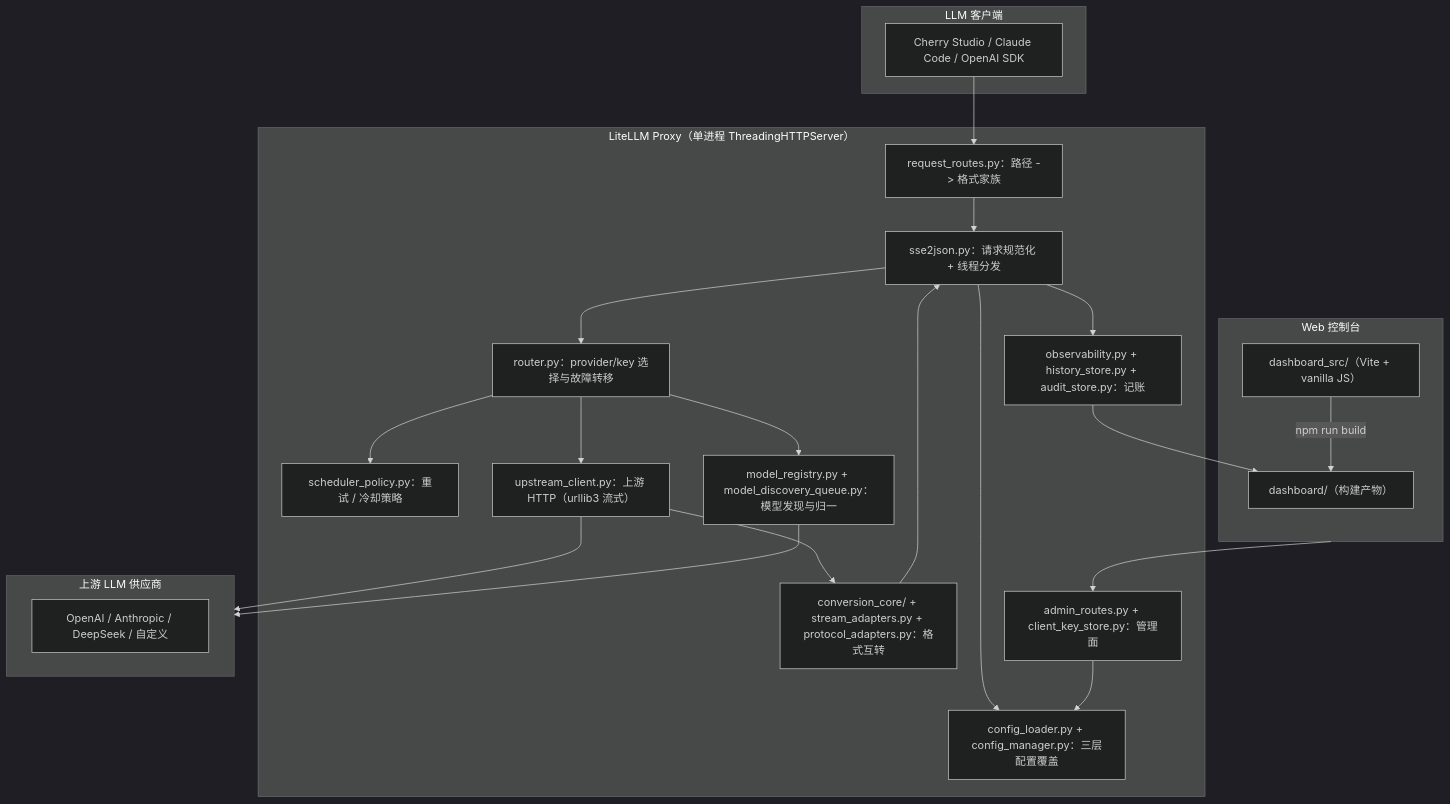
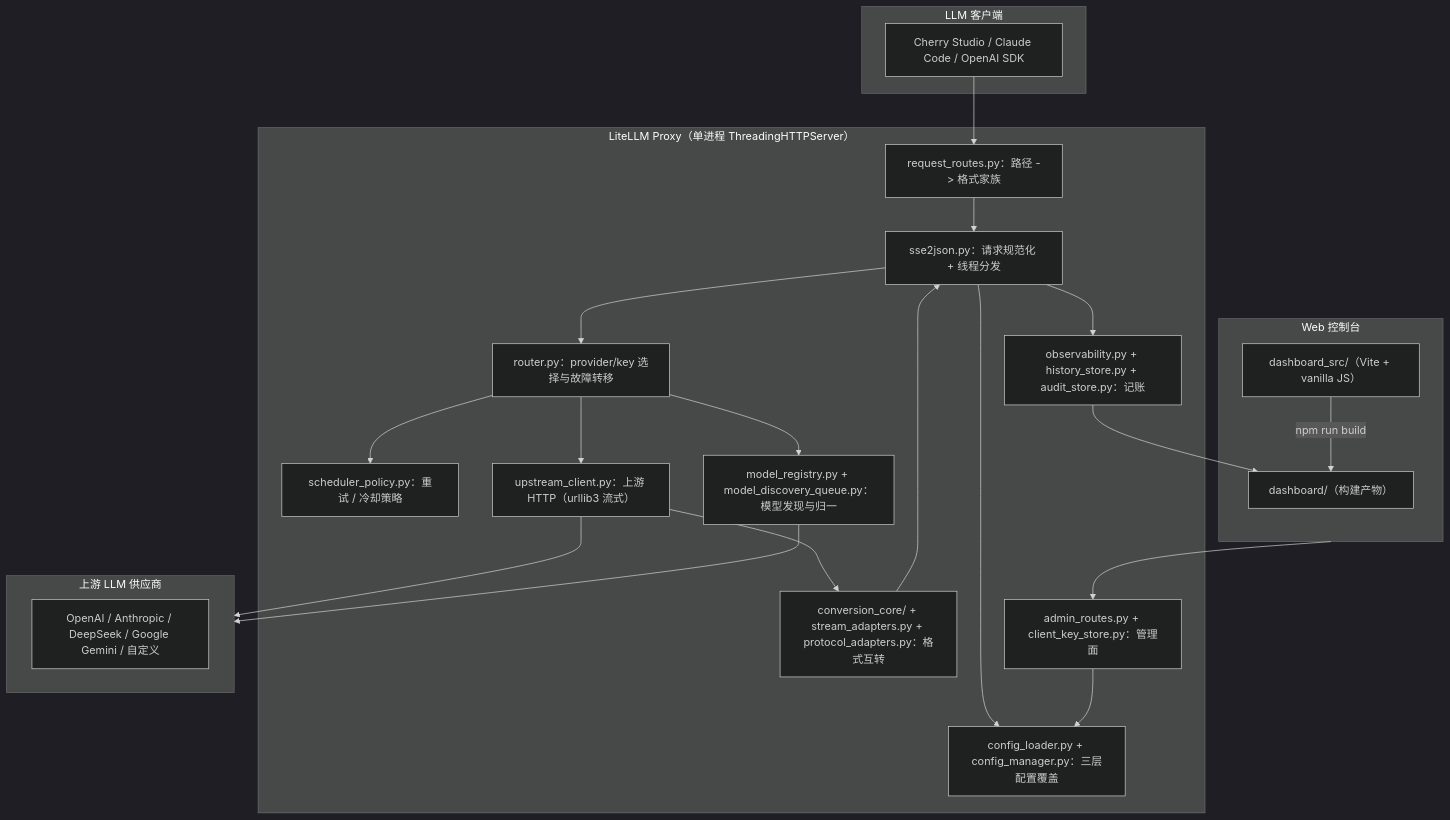
Before and after one commit to XD06/litellm-proxy: the diagram in ARCHITECTURE.md, drawn with Mermaid (dark theme). The commit also changed other lines of this file and 4 other files, not shown here.

````diff
--- a/ARCHITECTURE.md
+++ b/ARCHITECTURE.md
@@ -10,38 +10,38 @@
 ```mermaid
 graph TB
     subgraph Clients["LLM 客户端"]
         C1["Cherry Studio / Claude Code / OpenAI SDK"]
     end
     subgraph Proxy["LiteLLM Proxy（单进程 ThreadingHTTPServer）"]
         RR["request_routes.py：路径 -> 格式家族"]
         SJ["sse2json.py：请求规范化 + 线程分发"]
         RT["router.py：provider/key 选择与故障转移"]
         SP["scheduler_policy.py：重试 / 冷却策略"]
         UC["upstream_client.py：上游 HTTP（urllib3 流式）"]
         CX["conversion_core/ + stream_adapters.py + protocol_adapters.py：格式互转"]
         OB["observability.py + history_store.py + audit_store.py：记账"]
         MR["model_registry.py + model_discovery_queue.py：模型发现与归一"]
         CF["config_loader.py + config_manager.py：三层配置覆盖"]
         AD["admin_routes.py + client_key_store.py：管理面"]
     end
     subgraph Up["上游 LLM 供应商"]
-        U1["OpenAI / Anthropic / DeepSeek / 自定义"]
+        U1["OpenAI / Anthropic / DeepSeek / Google Gemini / 自定义"]
     end
     subgraph Dash["Web 控制台"]
         D1["dashboard/（构建产物）"]
         D2["dashboard_src/（Vite + vanilla JS）"]
     end
     C1 --> RR --> SJ
     SJ --> CF
     SJ --> RT --> SP
     RT --> UC --> Up
     UC --> CX
     CX --> SJ
     SJ --> OB
     RT --> MR
     MR --> Up
     AD --> CF
     Dash --> AD
     D2 -- "npm run build" --> D1
     OB --> D1
 ```
````
